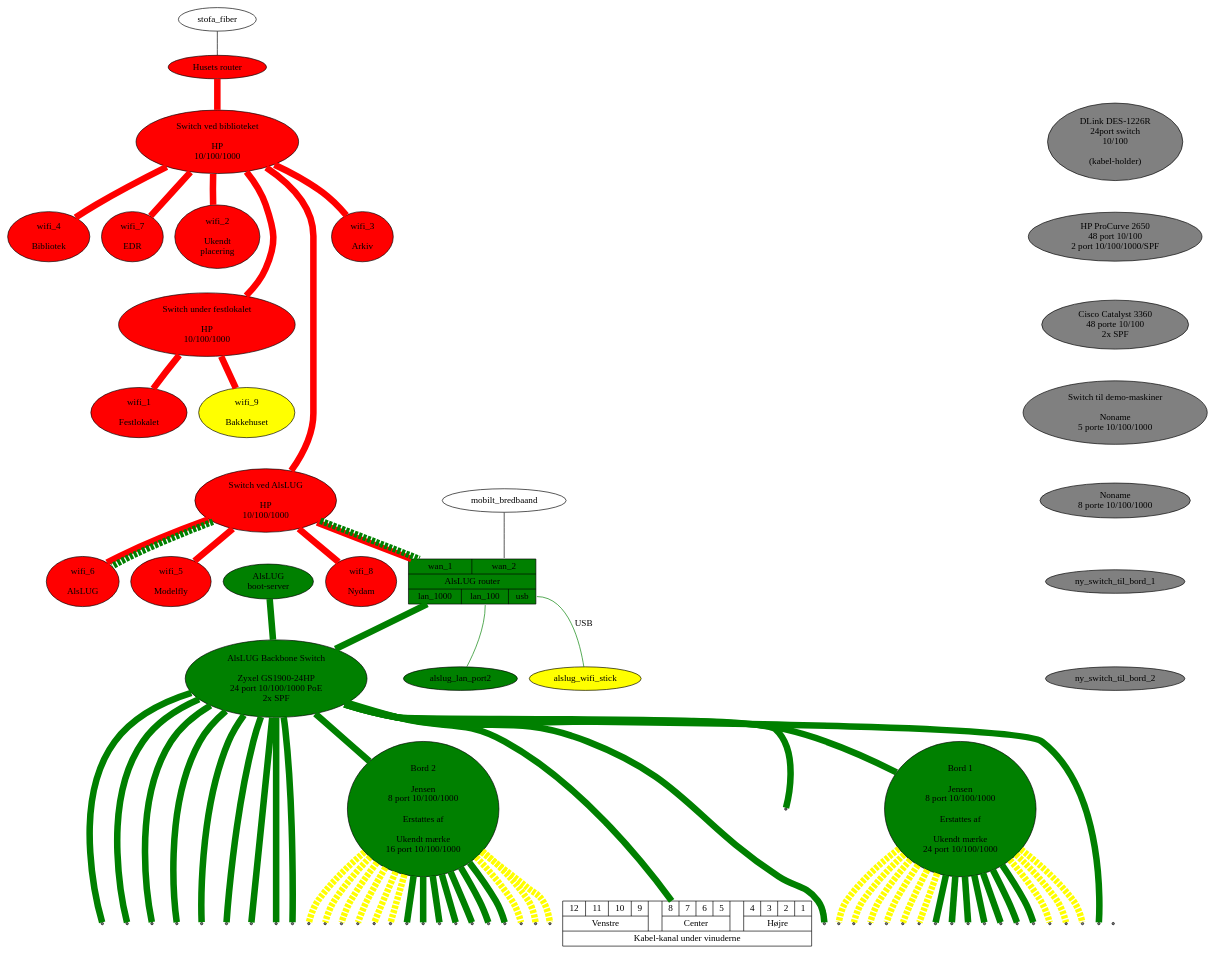
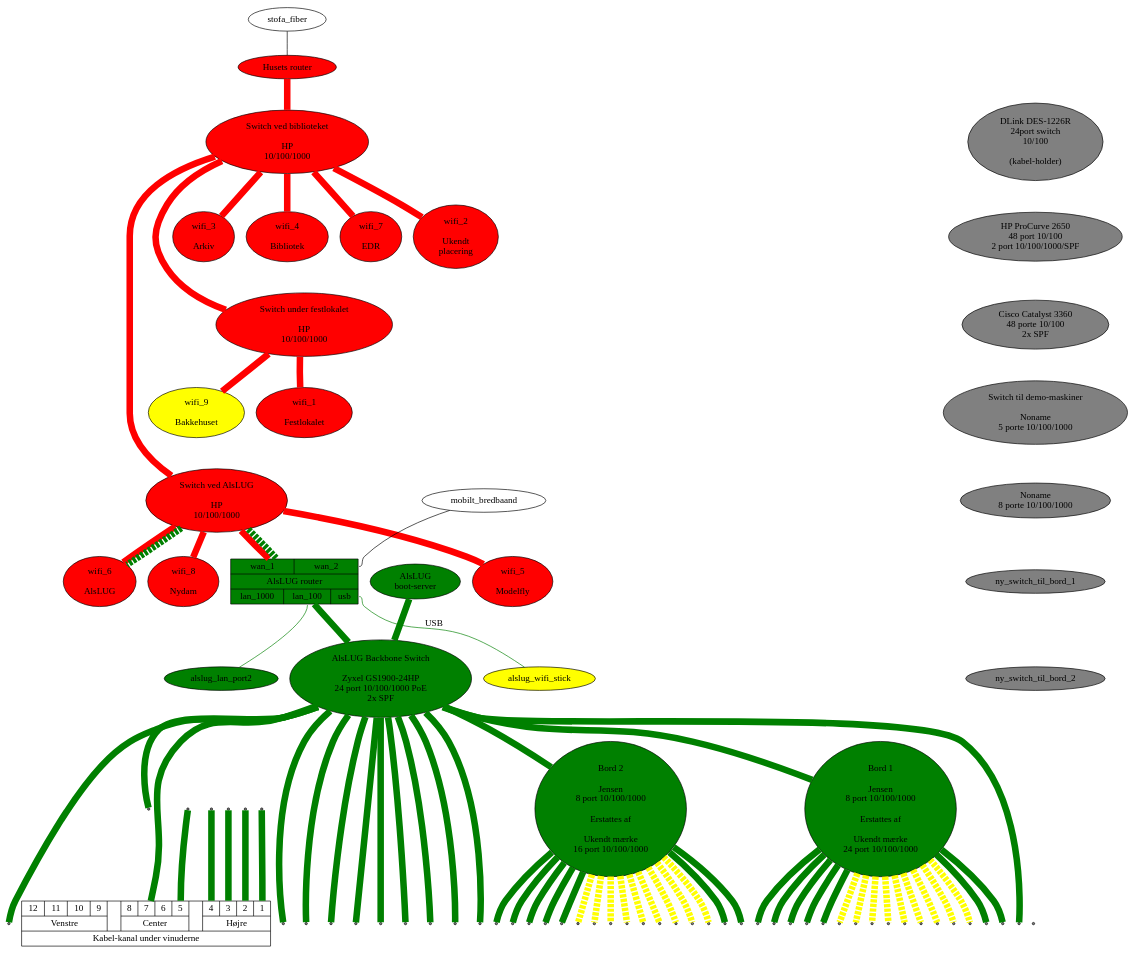
One commit to alslug/alslug.dk changed the diagram in projekter/network.dot. Above: the diagram before and after it, drawn with Graphviz.

```diff
--- a/projekter/network.dot
+++ b/projekter/network.dot
@@ -1,114 +1,119 @@
 digraph xxx {
 #  link_12a [ shape=point ];
 #  link_12b [ shape=point ];
 #  link_12c [ shape=point ];
   edge [ dir=none penwidth=10 ];
 
   node [ style=filled fillcolor=red ];
   husets_router [ label="Husets router" ];
   husets_switch_1 [ label="Switch ved biblioteket\n\nHP\n10/100/1000" ];
   husets_switch_2 [ label="Switch ved AlsLUG\n\nHP\n10/100/1000" ];
   festlokale_switch [ label="Switch under festlokalet\n\nHP\n10/100/1000" ];
   wifi_1 [ label=" wifi_1 \n\n Festlokalet "                ];
   wifi_2 [ label=" wifi_2 \n\n Ukendt \n placering "        ];
   wifi_3 [ label=" wifi_3 \n\n Arkiv "                      ];
   wifi_4 [ label=" wifi_4 \n\n Bibliotek "                  ];
   wifi_5 [ label=" wifi_5 \n\n Modelfly "                   ];
   wifi_6 [ label=" wifi_6 \n\n AlsLUG "                     ];
   wifi_7 [ label=" wifi_7 \n\n EDR "                        ];
   wifi_8 [ label=" wifi_8 \n\n Nydam "                      ];
   wifi_9 [ label=" wifi_9 \n\n Bakkehuset" fillcolor=yellow ];
   
   node [ style=filled fillcolor=green ];
   alslug_router [ shape=record label="{{<wan_1> wan_1|<wan_2> wan_2}|AlsLUG router|{<lan_1000> lan_1000|<lan_100> lan_100|<usb> usb}}" ];
   alslug_gl_bootserver [ label="AlsLUG\nboot-server" ];
   alslug_backbone_switch [ label="AlsLUG Backbone Switch\n\nZyxel GS1900-24HP\n24 port 10/100/1000 PoE\n2x SPF"];
   bord_1 [ label="Bord 1\n\nJensen\n8 port 10/100/1000\n\n Erstattes af\n\nUkendt mærke\n24 port 10/100/1000"];
   bord_2 [ label="Bord 2\n\nJensen\n8 port 10/100/1000\n\n Erstattes af\n\nUkendt mærke\n16 port 10/100/1000"];
   alslug_wifi_stick alslug_lan_port2;
   
   // Udstyr som pt ikke bruges
   node [ style=filled fillcolor=gray ];
   switch_24p      [ label="DLink DES-1226R\n24port switch\n10/100\n\n(kabel-holder)"];
   switch_48p      [ label="HP ProCurve 2650\n48 port 10/100\n2 port 10/100/1000/SPF"];
   switch_48p_poe  [ label="Cisco Catalyst 3360\n48 porte 10/100\n2x SPF"];
   switch_5p       [ label="Switch til demo-maskiner\n\nNoname\n5 porte 10/100/1000" ];
   switch_8p       [ label="Noname\n8 porte 10/100/1000"];
   
   switch_24p -> switch_48p -> switch_48p_poe -> switch_5p -> switch_8p -> ny_switch_til_bord_1 -> ny_switch_til_bord_2 -> bord_1 [ color=invis ];
   
   
   node [ style=normal ];
   // Internet forbindelser
   stofa_fiber      -> husets_router:wan_1 [ penwidth=1 fillcolor=black style=filled ];
   mobilt_bredbaand -> alslug_router:wan_2 [ penwidth=1 fillcolor=black style=filled ];
   
   // Husets forbindelser
   edge  [ color=red style=solid ];
   husets_switch_1 -> festlokale_switch -> {             wifi_1                                                  wifi_9 };
   husets_router -> husets_switch_1 -> {                        wifi_2 wifi_3 wifi_4               wifi_7               };
   husets_switch_1 -> husets_switch_2 -> { alslug_router                             wifi_5 wifi_6        wifi_8        };
 
   // VLAN forbindelser over bakkensbros netværk
   edge  [ color=green style=dashed ];
   husets_switch_2 -> { alslug_router:wan_1 wifi_6 };
 
   alslug_wifi_stick [ fillcolor=yellow style=filled ];
 
   // Interne forbindelser
   edge [ color=green style=solid ];
   node [ shape=point ];
   
   {alslug_router:lan_1000 alslug_gl_bootserver} -> alslug_backbone_switch -> { bord_1 bord_2 
                   vindue:1
                   vindue:2
                   vindue:3
                   vindue:4
                   vindue:5
                   vindue:6
                   vindue:7
                   vindue:8
                   vindue:9
                   vindue:10
                   vindue:11
                   vindue:12
                   vinude_left_12  vindue_left_11  vindue_left_10  vindue_left_9
                   vindue_center_8 vindue_center_7 vindue_center_6 vindue_center_5
                   vindue_right_4  vindue_right_3  vindue_right_2  vindue_right_1
                   }
 
   alslug_router:usb -> alslug_wifi_stick [ penwidth=1 label="USB" ];
   alslug_router:lan_100 -> alslug_lan_port2 [ penwidth=1 ];
   
   bord_1 -> {
                   bord_1_1 bord_1_2 bord_1_3 bord_1_4 bord_1_5 bord_1_6 bord_1_7
                 };
   bord_1 -> {
                   bord_1_8 bord_1_9 bord_1_10 bord_1_11 bord_1_12 bord_1_13 bord_1_14 bord_1_15 bord_1_16
                 } [ style=dashed color=yellow ];
   bord_2 -> {
                   bord_2_1 bord_2_2 bord_2_3 bord_2_4 bord_2_5 bord_2_6 bord_2_7
                 };
   bord_2 -> {
                   bord_2_8 bord_2_9 bord_2_10 bord_2_11 bord_2_12 bord_2_13 bord_2_14 bord_2_15 bord_2_16
                 } [ style=dashed color=yellow ];
                 
+  xxxxx1 -> vindue:1;
+  xxxxx2 -> vindue:2;
+  xxxxx3 -> vindue:3;
+  xxxxx4 -> vindue:4;
+  xxxxx5 -> vindue:5;
+
   edge [ color=invis ];
   husets_switch_1 -> wifi_2 -> festlokale_switch -> wifi_1 -> husets_switch_2;
-
   vindue [ shape=record label="{{ {{<12> 12|<11> 11|<10> 10|<9> 9}  | Venstre }||
                                   {{<8> 8|<7> 7|<6> 6|<5> 5}        | Center  }||
                                   {{<4> 4|<3> 3|<2> 2|<1> 1}        | Højre   }}| Kabel-kanal under vinuderne }}" ];
 
   subgraph {
     rank = same;
                   vindue;
                   vindue_left_12;   vindue_left_11;   vindue_left_10;   vindue_left_9;
                   vindue_center_8;  vindue_center_7;  vindue_center_6;  vindue_center_5;
                   vindue_right_4;   vindue_right_3;   vindue_right_2;   vindue_right_1;
                   bord_1_1;   bord_1_2;   bord_1_3;   bord_1_4;   bord_1_5;   bord_1_6;   bord_1_7;   bord_1_8;
                   bord_1_9;   bord_1_10;  bord_1_11;  bord_1_12;  bord_1_13;  bord_1_14;  bord_1_15;  bord_1_16;
                   bord_2_1;   bord_2_2;   bord_2_3;   bord_2_4;   bord_2_5;   bord_2_6;   bord_2_7;   bord_2_8;
                   bord_2_9;   bord_2_10;  bord_2_11;  bord_2_12;  bord_2_13;  bord_2_14;  bord_2_15;  bord_2_16;
   }
 }
```
